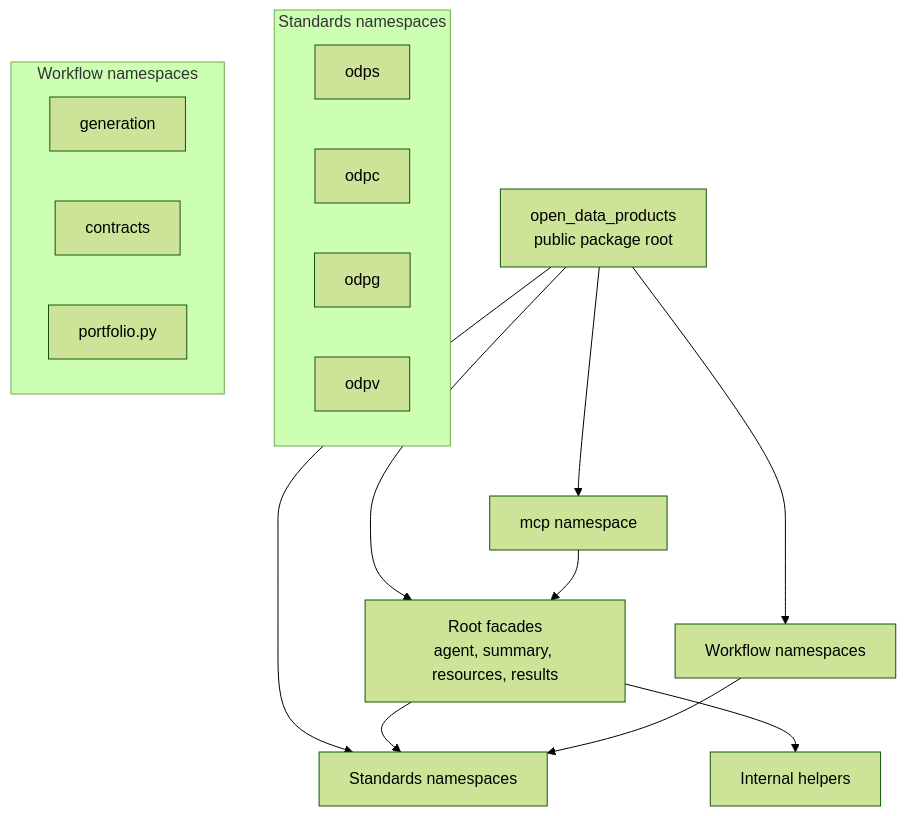
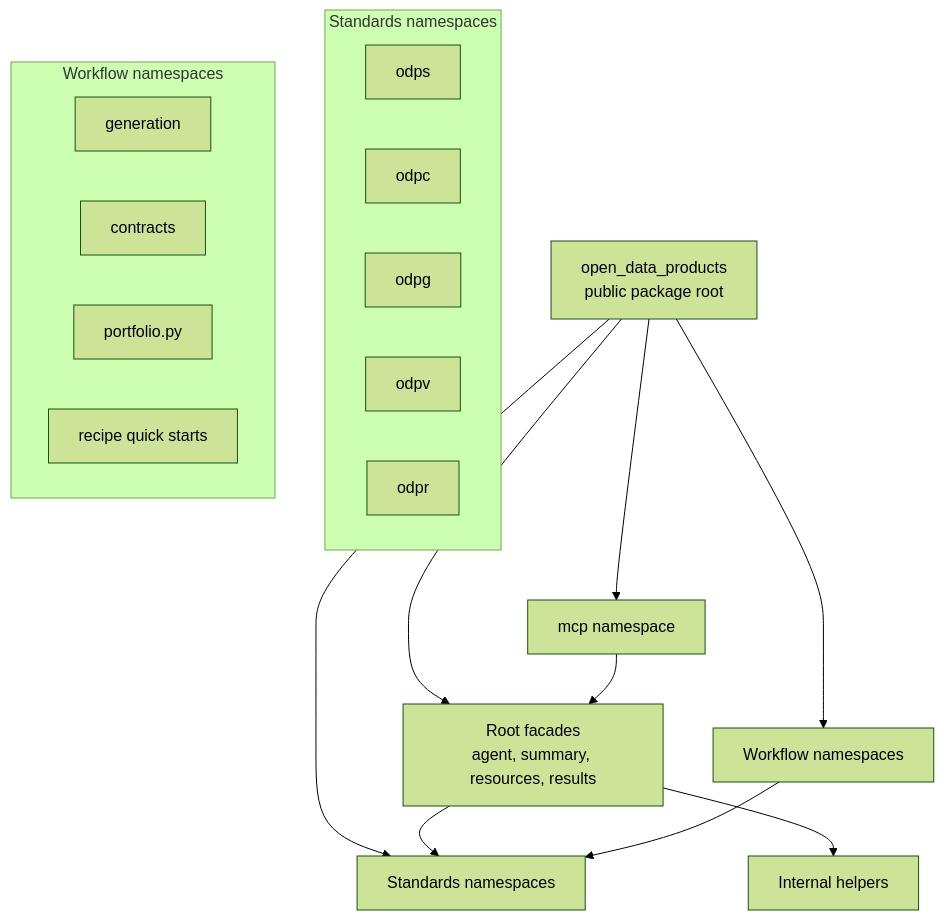
Before and after one commit to Open-Data-Product-Initiative/odp-agent-sdk: the third of 9 diagrams in docs/development/sdk-architecture.md, drawn with Mermaid (forest theme). The commit also changed other lines of this file and 30 other files, not shown here.

Commit message:
Implement ODPR starter recipe initialization

````diff
--- a/docs/development/sdk-architecture.md
+++ b/docs/development/sdk-architecture.md
@@ -126,31 +131,33 @@
 ```mermaid
 flowchart TB
     Root[open_data_products\npublic package root]
     Cross[Root facades\nagent, summary, resources, results]
     StandardsGroup[Standards namespaces]
     WorkflowsGroup[Workflow namespaces]
     AgentHost[mcp namespace]
     Internal[Internal helpers]
 
     Root --> Cross
     Root --> StandardsGroup
     Root --> WorkflowsGroup
     Root --> AgentHost
     Cross --> StandardsGroup
     WorkflowsGroup --> StandardsGroup
     AgentHost --> Cross
     Cross --> Internal
 
     subgraph StandardsNamespaces[Standards namespaces]
         ODPS[odps]
         ODPC[odpc]
         ODPG[odpg]
         ODPV[odpv]
+        ODPR[odpr]
     end
 
     subgraph WorkflowNamespaces[Workflow namespaces]
         Generation[generation]
         Contracts[contracts]
         Portfolio[portfolio.py]
+        Recipes[recipe quick starts]
     end
 ```
````
